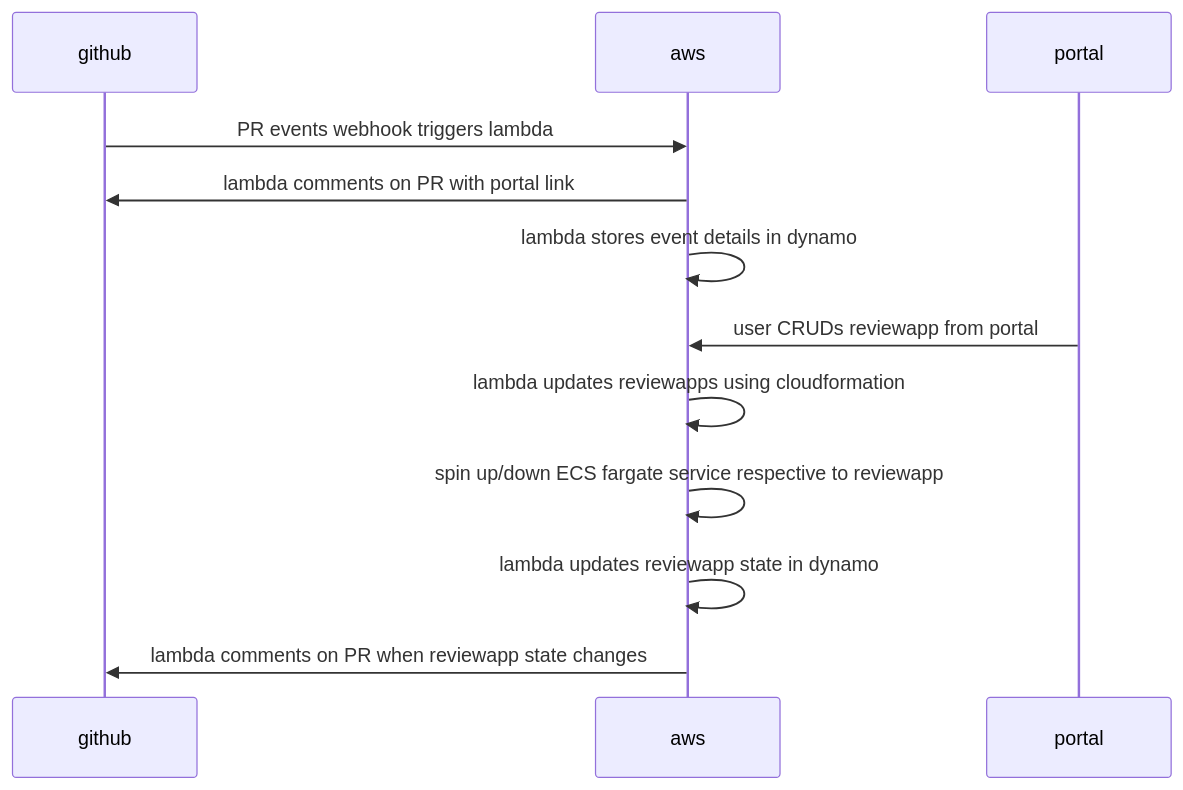
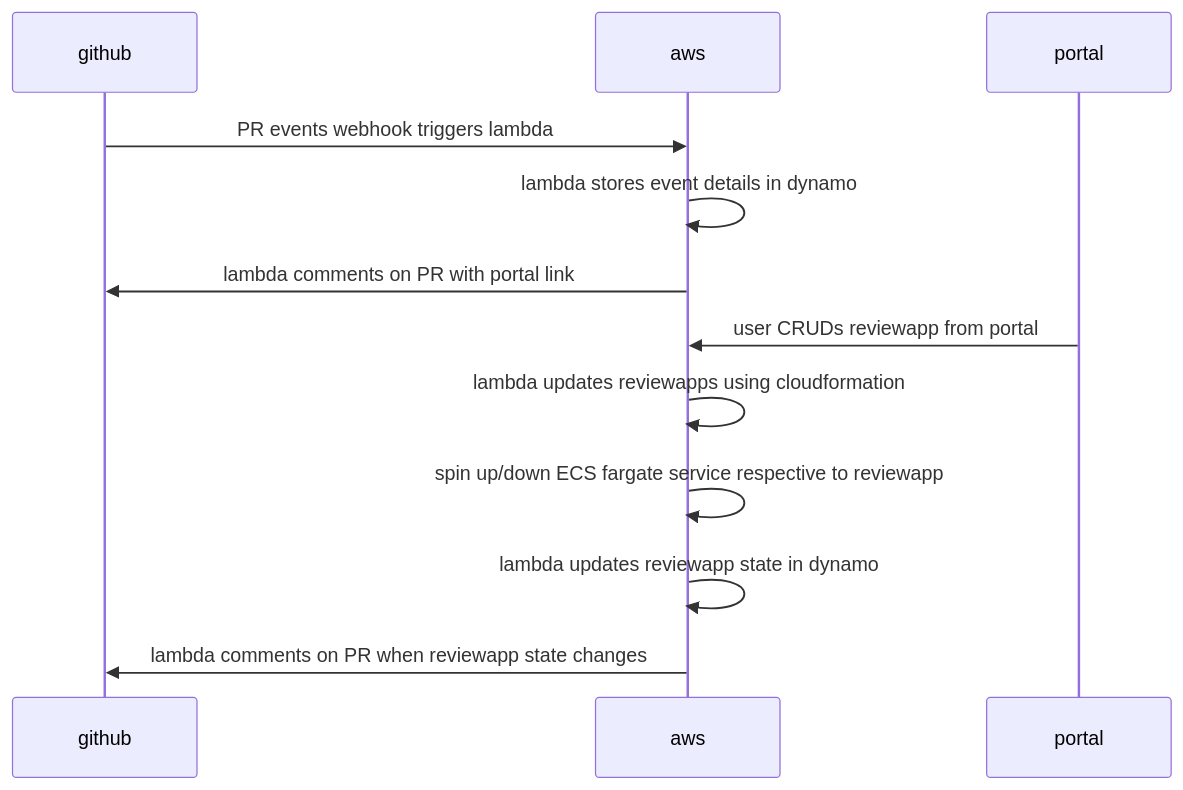
One commit to arpan-skilljar/testrepo changed the diagram in diagram.md. Above: the diagram before and after it, drawn with Mermaid.

Commit message:
change order

````diff
--- a/diagram.md
+++ b/diagram.md
@@ -1,14 +1,14 @@
 ```mermaid
 sequenceDiagram
     participant github
     participant aws
     participant portal
     github->>aws: PR events webhook triggers lambda
+    aws->>aws: lambda stores event details in dynamo    
     aws->>github: lambda comments on PR with portal link
-    aws->>aws: lambda stores event details in dynamo
     portal->>aws: user CRUDs reviewapp from portal
     aws->>aws: lambda updates reviewapps using cloudformation
     aws->>aws: spin up/down ECS fargate service respective to reviewapp
     aws->>aws: lambda updates reviewapp state in dynamo
     aws->>github: lambda comments on PR when reviewapp state changes
 ```
````
